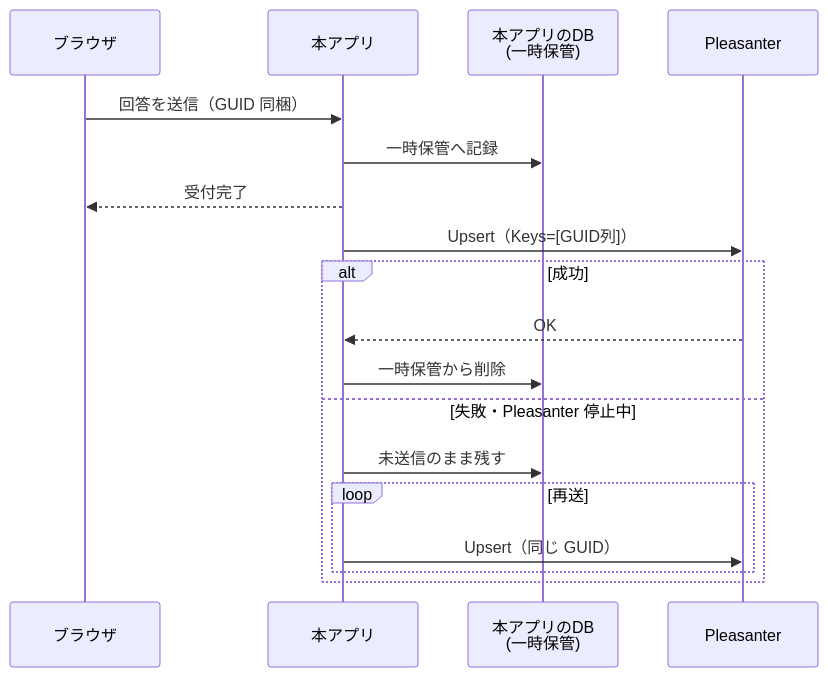
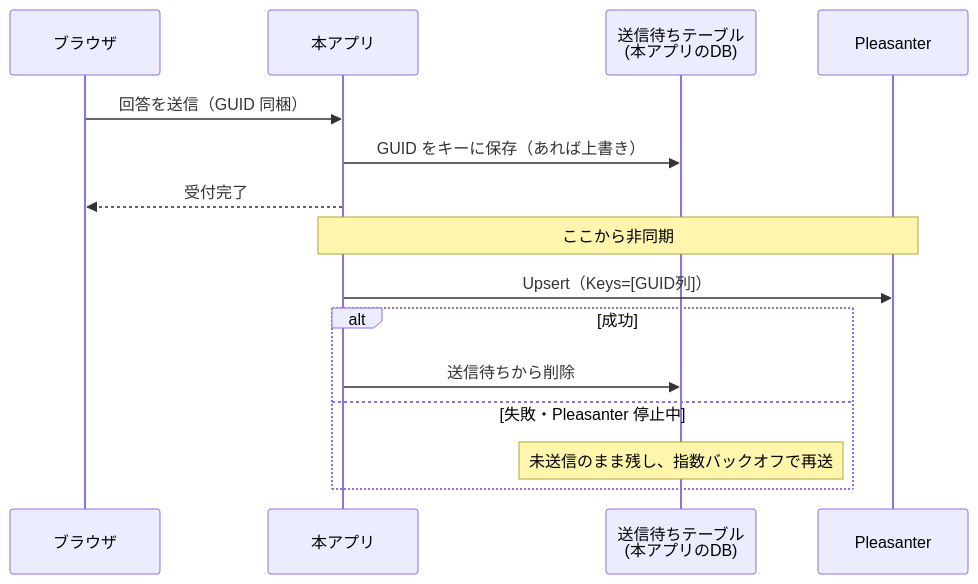
One commit to vehiclevisionjp/VehicleVision.PleasanterTools.Questionnaire changed the fourth of 5 diagrams in _documents/アーキテクチャ方針.md. Above: the diagram before and after it, drawn with Mermaid. The commit also changed other lines of this file, not shown here.

````diff
--- a/_documents/アーキテクチャ方針.md
+++ b/_documents/アーキテクチャ方針.md
@@ -382,21 +388,18 @@
 ```mermaid
 sequenceDiagram
     participant B as ブラウザ
     participant A as 本アプリ
-    participant D as 本アプリのDB<br/>(一時保管)
+    participant O as 送信待ちテーブル<br/>(本アプリのDB)
     participant P as Pleasanter
 
     B->>A: 回答を送信（GUID 同梱）
-    A->>D: 一時保管へ記録
+    A->>O: GUID をキーに保存（あれば上書き）
     A-->>B: 受付完了
+    Note over A,P: ここから非同期
     A->>P: Upsert（Keys=[GUID列]）
     alt 成功
-        P-->>A: OK
-        A->>D: 一時保管から削除
+        A->>O: 送信待ちから削除
     else 失敗・Pleasanter 停止中
-        A->>D: 未送信のまま残す
-        loop 再送
-            A->>P: Upsert（同じ GUID）
-        end
+        Note over O: 未送信のまま残し、指数バックオフで再送
     end
 ```
````
